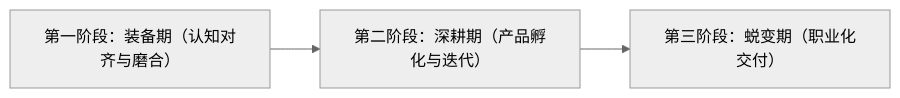
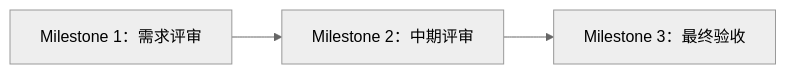
Before and after one commit to Bald0Wang/docs: the diagram in hackathon/curriculum-overview.mdx, drawn with Mermaid (neutral theme). The commit also changed other lines of this file and 13 other files, not shown here.

````diff
--- a/hackathon/curriculum-overview.mdx
+++ b/hackathon/curriculum-overview.mdx
@@ -10,8 +10,8 @@
 ```mermaid
 graph LR
-    P1["第一阶段：装备期（认知对齐与磨合）"]
-    P2["第二阶段：深耕期（产品孵化与迭代）"]
-    P3["第三阶段：蜕变期（职业化交付）"]
+    M1["Milestone 1：需求评审"]
+    M2["Milestone 2：中期评审"]
+    M3["Milestone 3：最终验收"]
 
-    P1 --> P2 --> P3
+    M1 --> M2 --> M3
 ```
````
